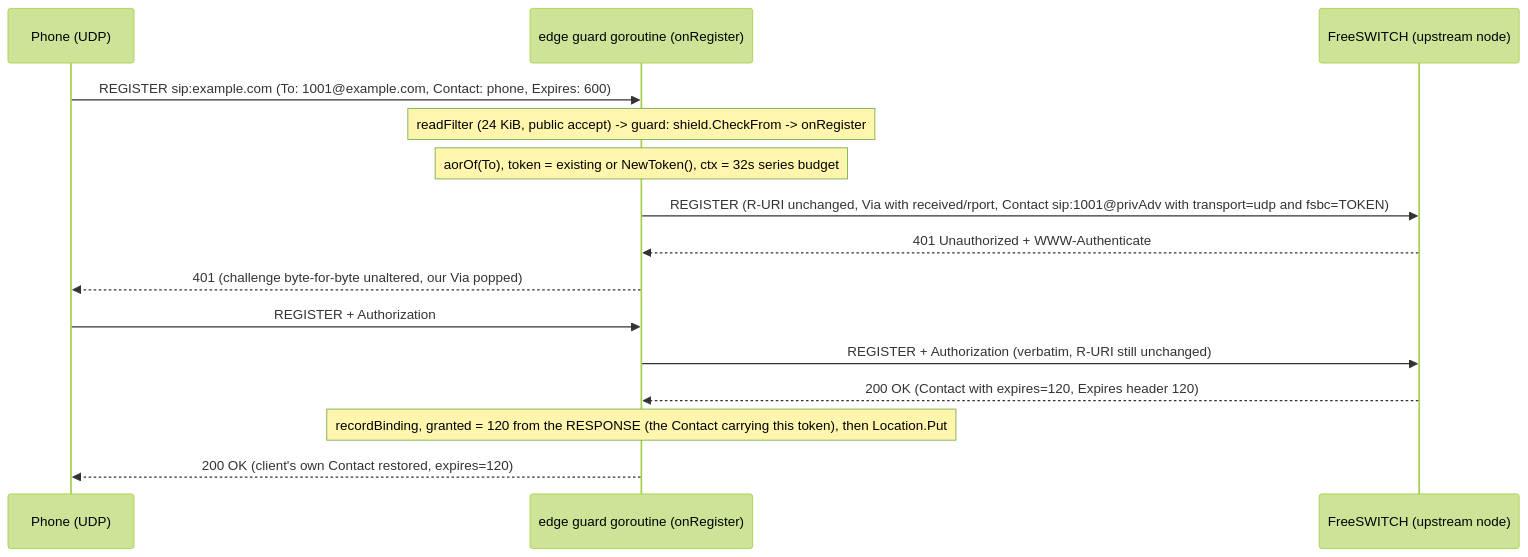
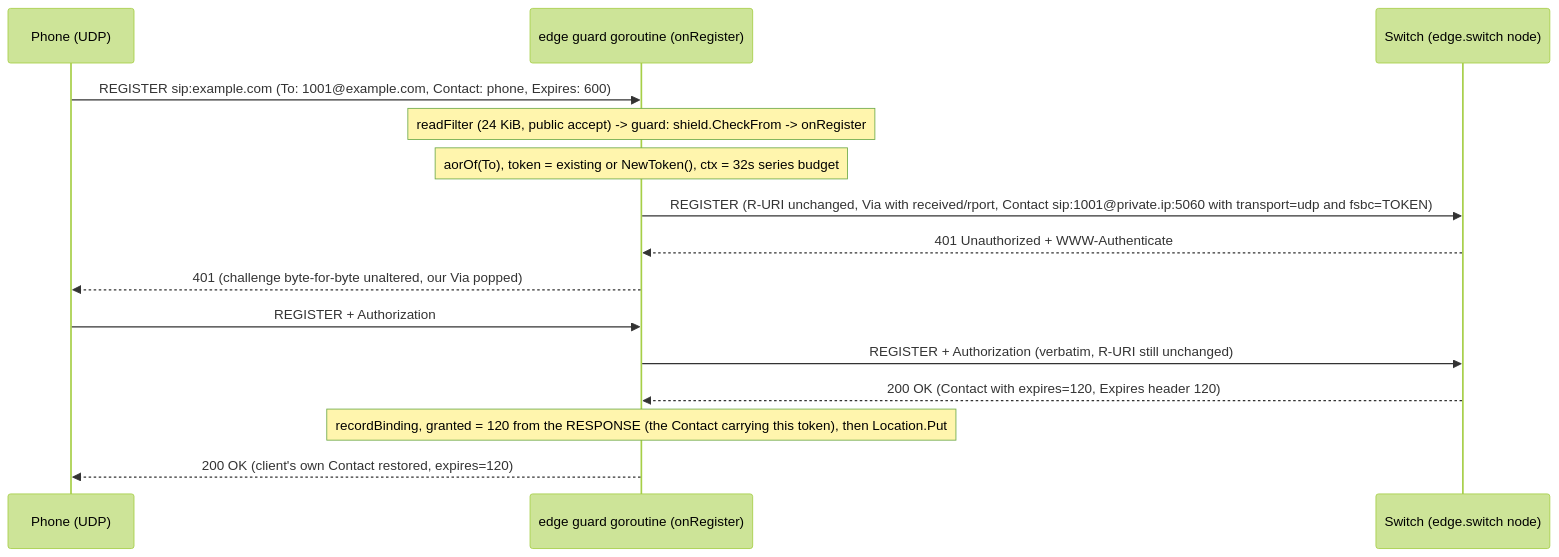
One commit to aicc2025/freesbc changed the tenth of 18 diagrams in docs/design.md. Above: the diagram before and after it, drawn with Mermaid (forest theme). The commit also changed other lines of this file and 30 other files, not shown here.

````diff
--- a/docs/design.md
+++ b/docs/design.md
@@ -2906,18 +2235,18 @@
 ```mermaid
 sequenceDiagram
     participant P as Phone (UDP)
     participant G as edge guard goroutine (onRegister)
-    participant FS as FreeSWITCH (upstream node)
+    participant FS as Switch (edge.switch node)
 
     P->>G: REGISTER sip:example.com (To: 1001@example.com, Contact: phone, Expires: 600)
     Note over G: readFilter (24 KiB, public accept) -> guard: shield.CheckFrom -> onRegister
     Note over G: aorOf(To), token = existing or NewToken(), ctx = 32s series budget
-    G->>FS: REGISTER (R-URI unchanged, Via with received/rport, Contact sip:1001@privAdv with transport=udp and fsbc=TOKEN)
+    G->>FS: REGISTER (R-URI unchanged, Via with received/rport, Contact sip:1001@private.ip:5060 with transport=udp and fsbc=TOKEN)
     FS-->>G: 401 Unauthorized + WWW-Authenticate
     G-->>P: 401 (challenge byte-for-byte unaltered, our Via popped)
     P->>G: REGISTER + Authorization
     G->>FS: REGISTER + Authorization (verbatim, R-URI still unchanged)
     FS-->>G: 200 OK (Contact with expires=120, Expires header 120)
     Note over G: recordBinding, granted = 120 from the RESPONSE (the Contact carrying this token), then Location.Put
     G-->>P: 200 OK (client's own Contact restored, expires=120)
 ```
````
